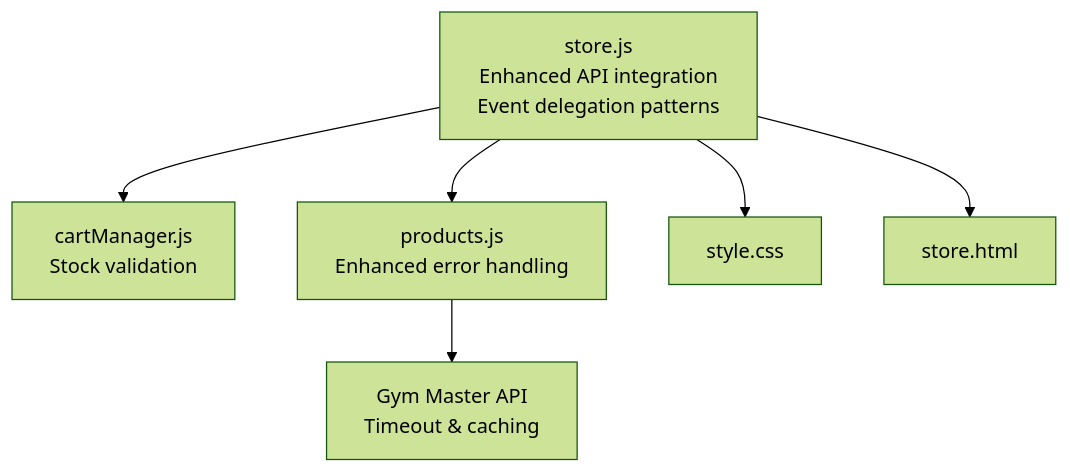
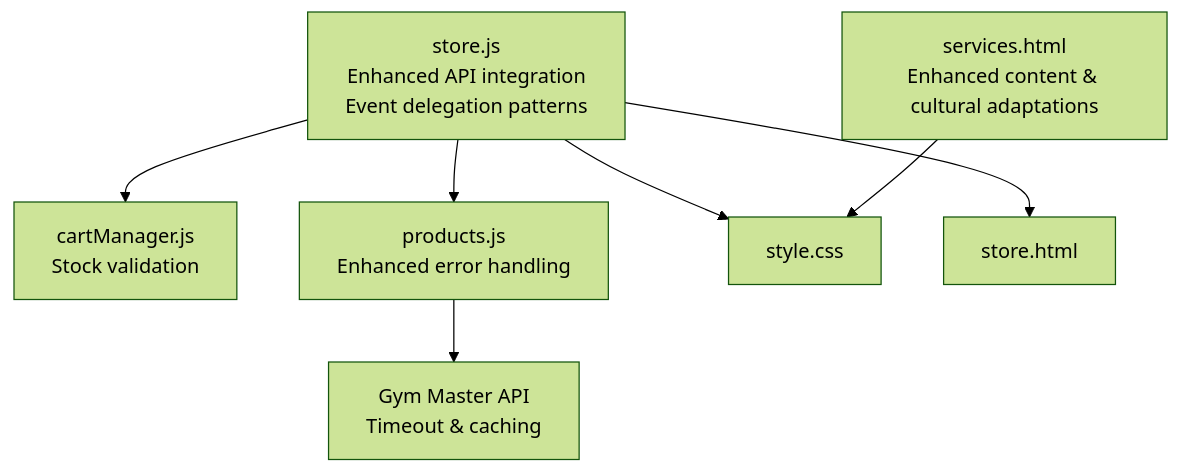
One commit to SirD33k/activezone changed the sixth of 6 diagrams in .qoder/repowiki/en/content/Frontend Architecture/Store Frontend Interface.md. Above: the diagram before and after it, drawn with Mermaid (forest theme). The commit also changed other lines of this file and 3 other files, not shown here.

````diff
--- a/.qoder/repowiki/en/content/Frontend Architecture/Store Frontend Interface.md
+++ b/.qoder/repowiki/en/content/Frontend Architecture/Store Frontend Interface.md
@@ -339,8 +379,9 @@
 ```mermaid
 graph TB
 STOREJS["store.js<br/>Enhanced API integration<br/>Event delegation patterns"] --> CARTMANAGER["cartManager.js<br/>Stock validation"]
 STOREJS --> ROUTES["products.js<br/>Enhanced error handling"]
 ROUTES --> API["Gym Master API<br/>Timeout & caching"]
 STOREJS --> CSS["style.css"]
 STOREJS --> HTML["store.html"]
+SERVICES["services.html<br/>Enhanced content & cultural adaptations"] --> CSS
 ```
````
